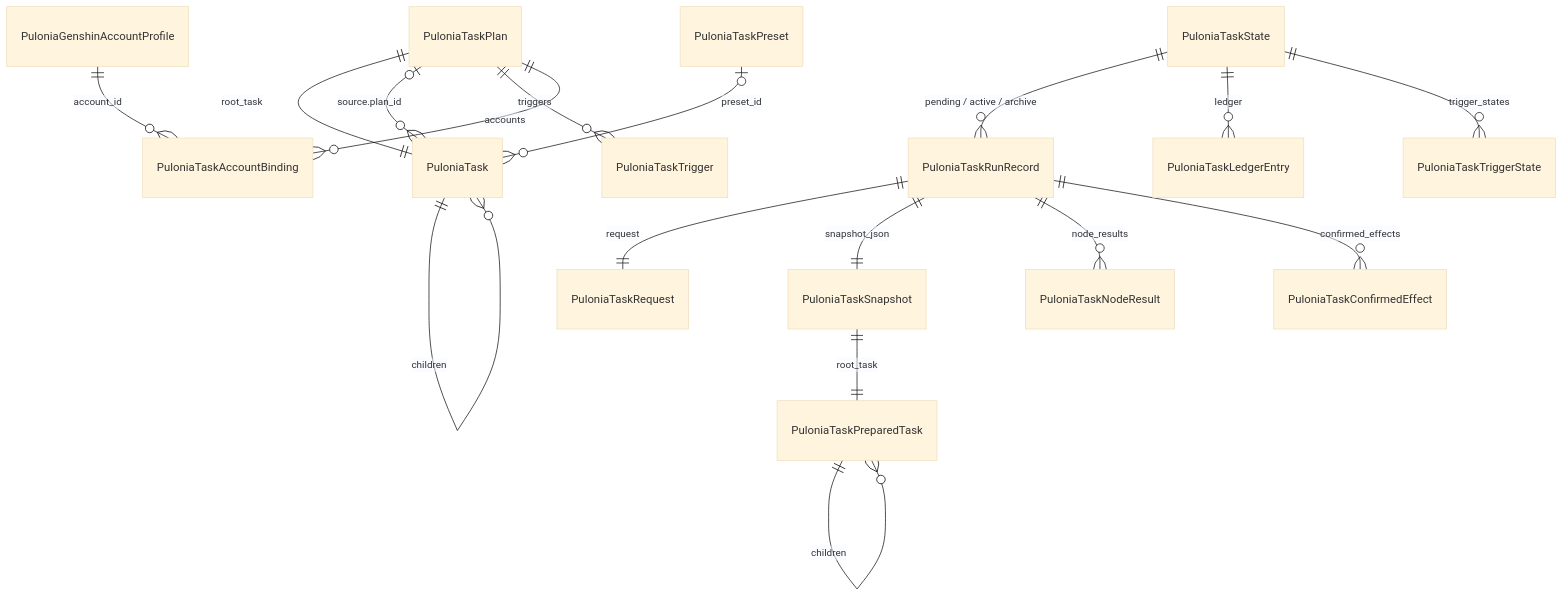
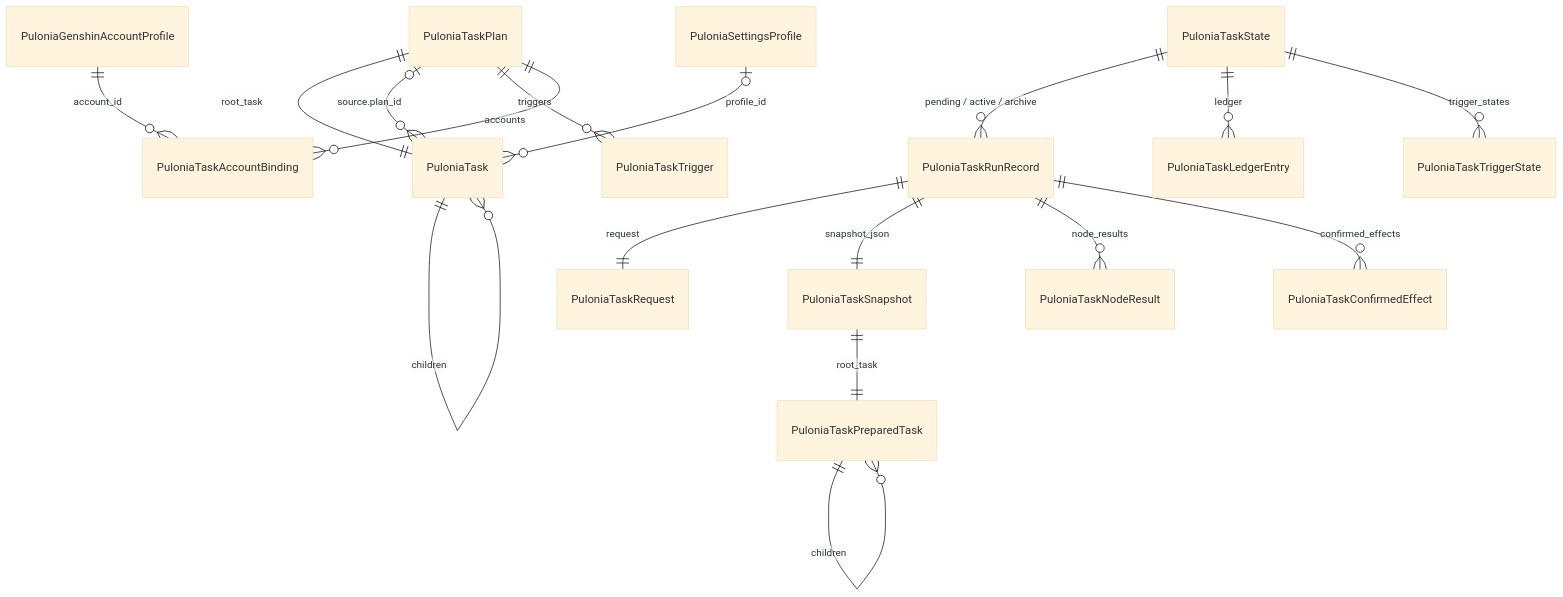
The diagram in Docs/design/pulonia/model.md (babalae/better-genshin-impact), drawn with Mermaid (base theme) before and after one commit. The commit also changed other lines of this file and 104 other files, not shown here.

````diff
--- a/Docs/design/pulonia/model.md
+++ b/Docs/design/pulonia/model.md
@@ -180,19 +192,19 @@
 ```mermaid
 erDiagram
     PuloniaTaskPlan ||--|| PuloniaTask : root_task
     PuloniaTask ||--o{ PuloniaTask : children
-    PuloniaTaskPreset o|--o{ PuloniaTask : preset_id
+    PuloniaSettingsProfile o|--o{ PuloniaTask : profile_id
     PuloniaTaskPlan o|--o{ PuloniaTask : "source.plan_id"
     PuloniaTaskPlan ||--o{ PuloniaTaskTrigger : triggers
     PuloniaTaskPlan ||--o{ PuloniaTaskAccountBinding : accounts
     PuloniaGenshinAccountProfile ||--o{ PuloniaTaskAccountBinding : account_id
     PuloniaTaskState ||--o{ PuloniaTaskRunRecord : "pending / active / archive"
     PuloniaTaskState ||--o{ PuloniaTaskLedgerEntry : ledger
     PuloniaTaskState ||--o{ PuloniaTaskTriggerState : trigger_states
     PuloniaTaskRunRecord ||--|| PuloniaTaskRequest : request
     PuloniaTaskRunRecord ||--|| PuloniaTaskSnapshot : snapshot_json
     PuloniaTaskSnapshot ||--|| PuloniaTaskPreparedTask : root_task
     PuloniaTaskPreparedTask ||--o{ PuloniaTaskPreparedTask : children
     PuloniaTaskRunRecord ||--o{ PuloniaTaskNodeResult : node_results
     PuloniaTaskRunRecord ||--o{ PuloniaTaskConfirmedEffect : confirmed_effects
 ```
````
